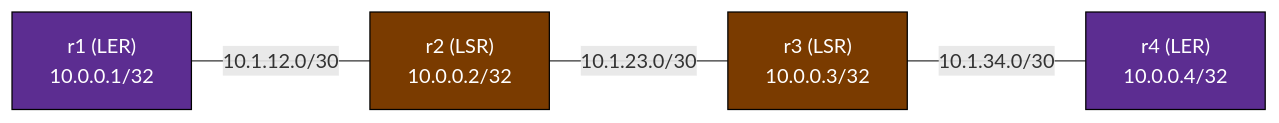
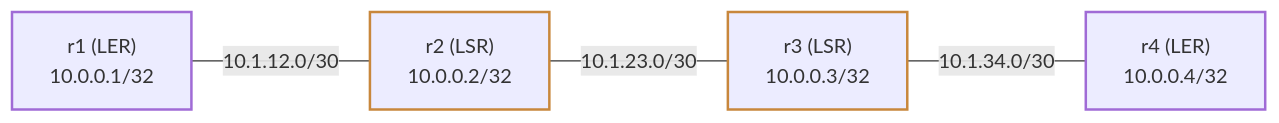
The diagram in labs/mpls-ldp/README.md (jschless/networkingLabs), drawn with Mermaid before and after one commit. The commit also changed 250 other files, not shown here.

Commit message:
Fix unreadable topology diagrams, convert ASCII art, publish assessments (#57)

````diff
--- a/labs/mpls-ldp/README.md
+++ b/labs/mpls-ldp/README.md
@@ -15,16 +15,16 @@
 ```mermaid
 flowchart LR
-    r1["r1 (LER)\n10.0.0.1/32"]
-    r2["r2 (LSR)\n10.0.0.2/32"]
-    r3["r3 (LSR)\n10.0.0.3/32"]
-    r4["r4 (LER)\n10.0.0.4/32"]
+    r1["r1 (LER)<br/>10.0.0.1/32"]
+    r2["r2 (LSR)<br/>10.0.0.2/32"]
+    r3["r3 (LSR)<br/>10.0.0.3/32"]
+    r4["r4 (LER)<br/>10.0.0.4/32"]
 
     r1 --- |"10.1.12.0/30"| r2
     r2 --- |"10.1.23.0/30"| r3
     r3 --- |"10.1.34.0/30"| r4
 
-    classDef ler fill:#5c2d91,color:#fff,stroke:#000
-    classDef lsr fill:#7a3b00,color:#fff,stroke:#000
+    classDef ler stroke:#a06bd6,stroke-width:2px
+    classDef lsr stroke:#c8873c,stroke-width:2px
     class r1,r4 ler
     class r2,r3 lsr
 ```
````
